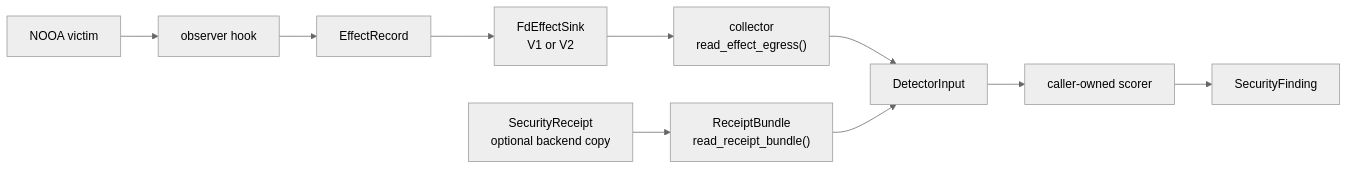
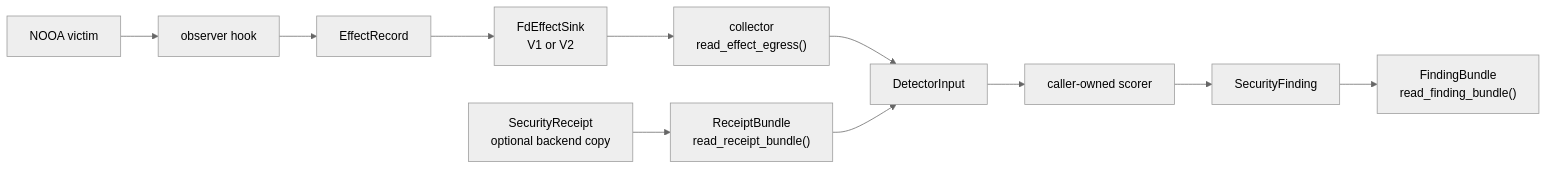
The first of 5 diagrams in examples/security_hardening/SURFACE.md (nirosen/labs-OO-Agents), drawn with Mermaid (neutral theme) before and after one commit. The commit also changed other lines of this file and 6 other files, not shown here.

Commit message:
wire finding bundle into detector harness

````diff
--- a/examples/security_hardening/SURFACE.md
+++ b/examples/security_hardening/SURFACE.md
@@ -7,12 +7,13 @@
 ```mermaid
 flowchart LR
     V["NOOA victim"] --> O["observer hook"]
     O --> E["EffectRecord"]
     E --> S["FdEffectSink<br/>V1 or V2"]
     S --> C["collector<br/>read_effect_egress()"]
     C --> G["DetectorInput"]
     R["SecurityReceipt<br/>optional backend copy"] --> B["ReceiptBundle<br/>read_receipt_bundle()"]
     B --> G
     G --> P["caller-owned scorer"]
     P --> F["SecurityFinding"]
+    F --> FB["FindingBundle<br/>read_finding_bundle()"]
 ```
````
